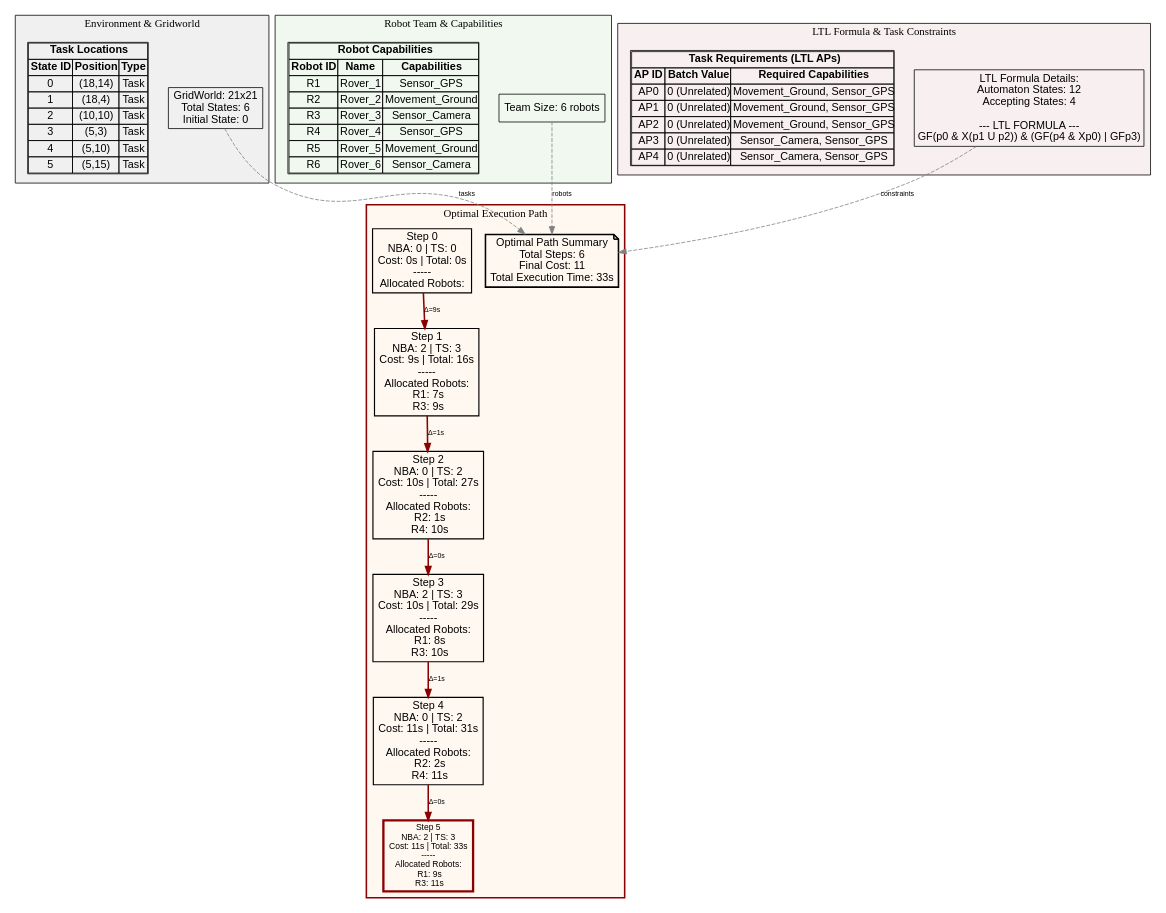
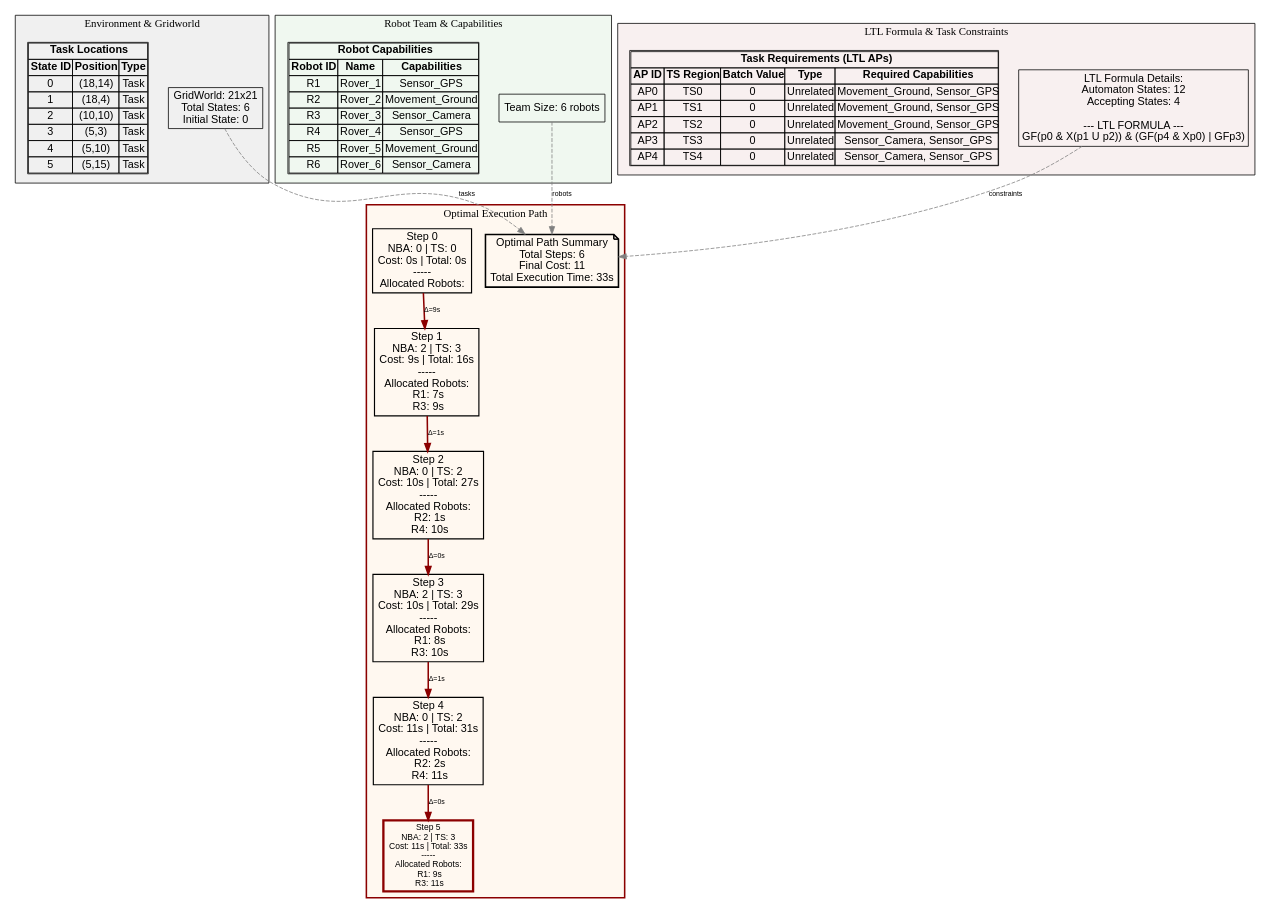
The diagram in MCTB-PDT/output/infinite_test_4_path.dot (jrourke48/HMRTA_TS_GENERATION), drawn with Graphviz before and after one commit. The commit also changed 126 other files, not shown here.

```diff
--- a/MCTB-PDT/output/infinite_test_4_path.dot
+++ b/MCTB-PDT/output/infinite_test_4_path.dot
@@ -1,100 +1,100 @@
 digraph ComprehensiveOptimalPath {
   rankdir=TB;
   concentrate=true;
   node [fontname=Arial];
   edge [fontname=Arial, fontsize=9];
 
   subgraph cluster_environment {
     label="Environment & Gridworld";
     style=filled;
     fillcolor="#F0F0F0";
     color=black;
 
     env_info [shape=box, label="GridWorld: 21x21\nTotal States: 6\nInitial State: 0\n", fillcolor="#E8F4F8"];
 
     env_tasks [shape=plaintext, label=<
       <TABLE BORDER="1" CELLBORDER="1" CELLSPACING="0">
         <TR><TD COLSPAN="3"><B>Task Locations</B></TD></TR>
         <TR><TD><B>State ID</B></TD><TD><B>Position</B></TD><TD><B>Type</B></TD></TR>
         <TR><TD>0</TD><TD>(18,14)</TD><TD>Task</TD></TR>
         <TR><TD>1</TD><TD>(18,4)</TD><TD>Task</TD></TR>
         <TR><TD>2</TD><TD>(10,10)</TD><TD>Task</TD></TR>
         <TR><TD>3</TD><TD>(5,3)</TD><TD>Task</TD></TR>
         <TR><TD>4</TD><TD>(5,10)</TD><TD>Task</TD></TR>
         <TR><TD>5</TD><TD>(5,15)</TD><TD>Task</TD></TR>
       </TABLE>
     >];
   }
 
   subgraph cluster_robots {
     label="Robot Team & Capabilities";
     style=filled;
     fillcolor="#F0F8F0";
     color=black;
 
     team_info [shape=box, label="Team Size: 6 robots\n", fillcolor="#E8F8E8"];
 
     robot_caps [shape=plaintext, label=<
       <TABLE BORDER="1" CELLBORDER="1" CELLSPACING="0">
         <TR><TD COLSPAN="3"><B>Robot Capabilities</B></TD></TR>
         <TR><TD><B>Robot ID</B></TD><TD><B>Name</B></TD><TD><B>Capabilities</B></TD></TR>
         <TR><TD>R1</TD><TD>Rover_1</TD><TD>Sensor_GPS</TD></TR>
         <TR><TD>R2</TD><TD>Rover_2</TD><TD>Movement_Ground</TD></TR>
         <TR><TD>R3</TD><TD>Rover_3</TD><TD>Sensor_Camera</TD></TR>
         <TR><TD>R4</TD><TD>Rover_4</TD><TD>Sensor_GPS</TD></TR>
         <TR><TD>R5</TD><TD>Rover_5</TD><TD>Movement_Ground</TD></TR>
         <TR><TD>R6</TD><TD>Rover_6</TD><TD>Sensor_Camera</TD></TR>
       </TABLE>
     >];
   }
 
   subgraph cluster_ltl {
     label="LTL Formula & Task Constraints";
     style=filled;
     fillcolor="#F8F0F0";
     color=black;
 
     ltl_info [shape=box, label="LTL Formula Details:\nAutomaton States: 12\nAccepting States: 4\n\n--- LTL FORMULA ---\nGF(p0 & X(p1 U p2)) & (GF(p4 & Xp0) | GFp3)", fillcolor="#F8E8E8"];
 
     ltl_tasks [shape=plaintext, label=<
       <TABLE BORDER="1" CELLBORDER="1" CELLSPACING="0">
-        <TR><TD COLSPAN="3"><B>Task Requirements (LTL APs)</B></TD></TR>
-        <TR><TD><B>AP ID</B></TD><TD><B>Batch Value</B></TD><TD><B>Required Capabilities</B></TD></TR>
-        <TR><TD>AP0</TD><TD>0 (Unrelated)</TD><TD>Movement_Ground, Sensor_GPS</TD></TR>
-        <TR><TD>AP1</TD><TD>0 (Unrelated)</TD><TD>Movement_Ground, Sensor_GPS</TD></TR>
-        <TR><TD>AP2</TD><TD>0 (Unrelated)</TD><TD>Movement_Ground, Sensor_GPS</TD></TR>
-        <TR><TD>AP3</TD><TD>0 (Unrelated)</TD><TD>Sensor_Camera, Sensor_GPS</TD></TR>
-        <TR><TD>AP4</TD><TD>0 (Unrelated)</TD><TD>Sensor_Camera, Sensor_GPS</TD></TR>
+        <TR><TD COLSPAN="5"><B>Task Requirements (LTL APs)</B></TD></TR>
+        <TR><TD><B>AP ID</B></TD><TD><B>TS Region</B></TD><TD><B>Batch Value</B></TD><TD><B>Type</B></TD><TD><B>Required Capabilities</B></TD></TR>
+        <TR><TD>AP0</TD><TD>TS0</TD><TD>0</TD><TD>Unrelated</TD><TD>Movement_Ground, Sensor_GPS</TD></TR>
+        <TR><TD>AP1</TD><TD>TS1</TD><TD>0</TD><TD>Unrelated</TD><TD>Movement_Ground, Sensor_GPS</TD></TR>
+        <TR><TD>AP2</TD><TD>TS2</TD><TD>0</TD><TD>Unrelated</TD><TD>Movement_Ground, Sensor_GPS</TD></TR>
+        <TR><TD>AP3</TD><TD>TS3</TD><TD>0</TD><TD>Unrelated</TD><TD>Sensor_Camera, Sensor_GPS</TD></TR>
+        <TR><TD>AP4</TD><TD>TS4</TD><TD>0</TD><TD>Unrelated</TD><TD>Sensor_Camera, Sensor_GPS</TD></TR>
       </TABLE>
     >];
   }
 
   subgraph cluster_path {
     label="Optimal Execution Path";
     style=filled;
     fillcolor="#FFF8F0";
     color=darkred;
     penwidth=2;
 
     path_summary [shape=note, label="Optimal Path Summary\nTotal Steps: 6\nFinal Cost: 11\nTotal Execution Time: 33s\n", fillcolor="#FFFFCC", penwidth=2];
 
     opt_0 [shape=box, label="Step 0\nNBA: 0 | TS: 0\nCost: 0s | Total: 0s\n-----\nAllocated Robots:\n", fillcolor="#B3E5FC", penwidth=1.5];
     opt_1 [shape=box, label="Step 1\nNBA: 2 | TS: 3\nCost: 9s | Total: 16s\n-----\nAllocated Robots:\n  R1: 7s\n  R3: 9s\n", fillcolor="#B3E5FC", penwidth=1.5];
     opt_2 [shape=box, label="Step 2\nNBA: 0 | TS: 2\nCost: 10s | Total: 27s\n-----\nAllocated Robots:\n  R2: 1s\n  R4: 10s\n", fillcolor="#B3E5FC", penwidth=1.5];
     opt_3 [shape=box, label="Step 3\nNBA: 2 | TS: 3\nCost: 10s | Total: 29s\n-----\nAllocated Robots:\n  R1: 8s\n  R3: 10s\n", fillcolor="#B3E5FC", penwidth=1.5];
     opt_4 [shape=box, label="Step 4\nNBA: 0 | TS: 2\nCost: 11s | Total: 31s\n-----\nAllocated Robots:\n  R2: 2s\n  R4: 11s\n", fillcolor="#B3E5FC", penwidth=1.5];
     opt_5 [shape=box, label="Step 5\nNBA: 2 | TS: 3\nCost: 11s | Total: 33s\n-----\nAllocated Robots:\n  R1: 9s\n  R3: 11s\n", fillcolor="#FF6B6B", penwidth=3, color=darkred, fontweight=bold, fontsize=11];
 
     opt_0 -> opt_1 [label="Δ=9s", penwidth=2, color=darkred];
     opt_1 -> opt_2 [label="Δ=1s", penwidth=2, color=darkred];
     opt_2 -> opt_3 [label="Δ=0s", penwidth=2, color=darkred];
     opt_3 -> opt_4 [label="Δ=1s", penwidth=2, color=darkred];
     opt_4 -> opt_5 [label="Δ=0s", penwidth=2, color=darkred];
   }
 
   // Connections between clusters
   env_info -> path_summary [style=dashed, color=gray, label="tasks"];
   team_info -> path_summary [style=dashed, color=gray, label="robots"];
   ltl_info -> path_summary [style=dashed, color=gray, label="constraints"];
 
 }
```
